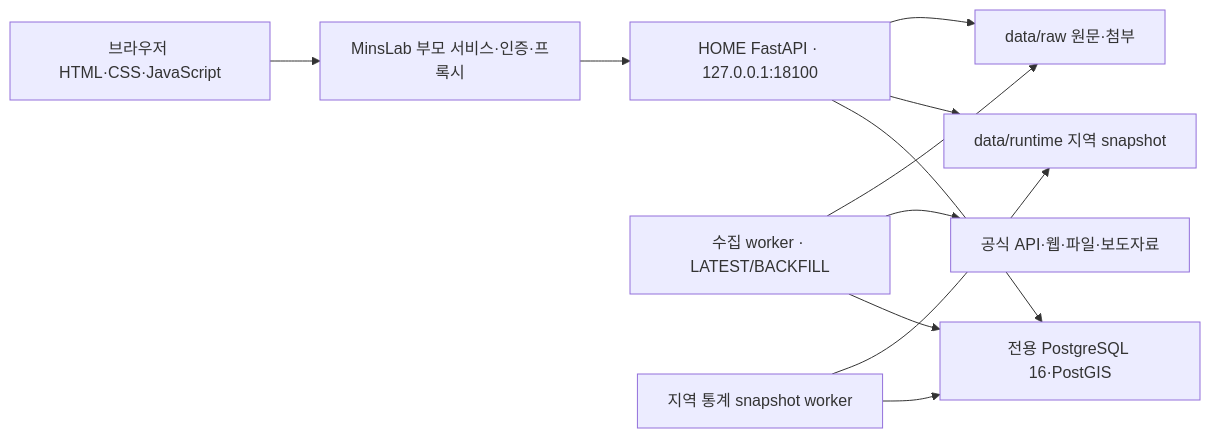
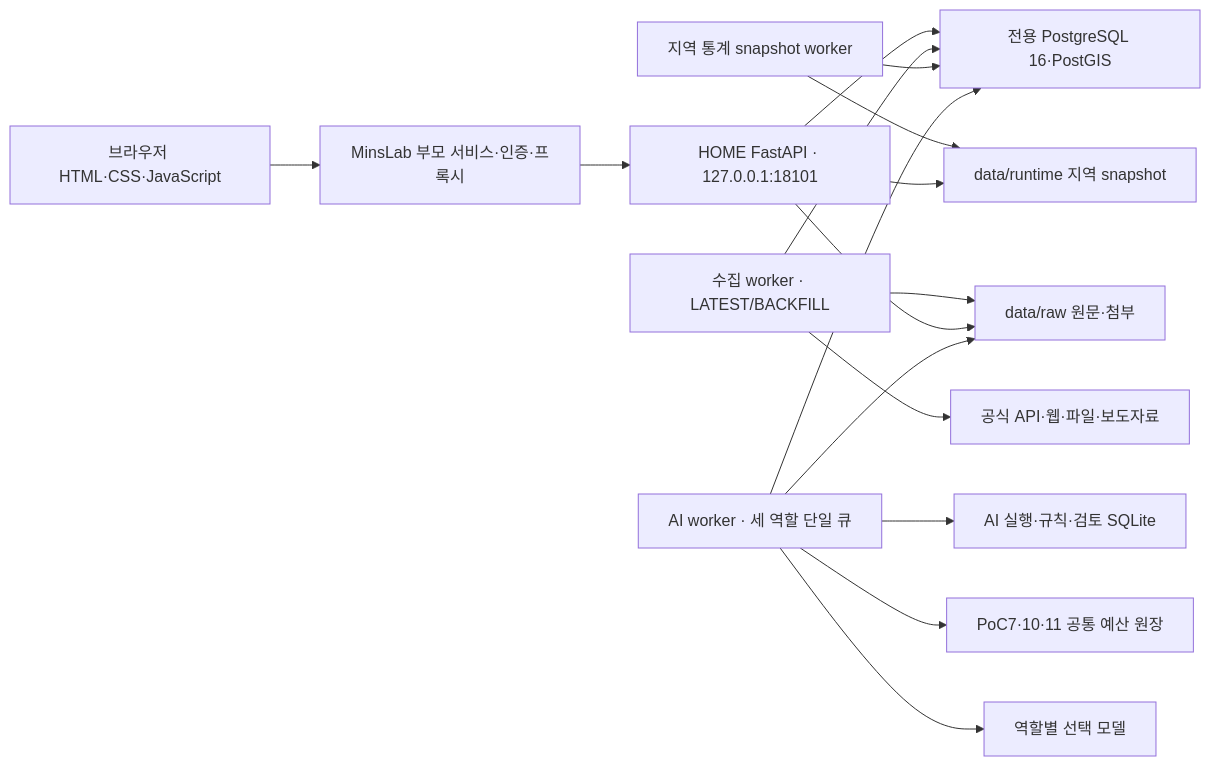
Before and after one commit to acesharp81/minslab: the fifth of 5 diagrams in PoC/10-home/README.md, drawn with Mermaid. The commit also changed other lines of this file and 34 other files, not shown here.

````diff
--- a/PoC/10-home/README.md
+++ b/PoC/10-home/README.md
@@ -429,13 +556,18 @@
 ```mermaid
 flowchart LR
     U[브라우저 HTML·CSS·JavaScript] --> P[MinsLab 부모 서비스·인증·프록시]
-    P --> A[HOME FastAPI · 127.0.0.1:18100]
+    P --> A[HOME FastAPI · 127.0.0.1:18101]
     A --> D[전용 PostgreSQL 16·PostGIS]
     W[수집 worker · LATEST/BACKFILL] --> D
     W --> X[공식 API·웹·파일·보도자료]
     W --> R[data/raw 원문·첨부]
     AW[지역 통계 snapshot worker] --> D
     AW --> C[data/runtime 지역 snapshot]
     A --> C
     A --> R
+    AI[AI worker · 세 역할 단일 큐] --> D
+    AI --> R
+    AI --> Q[AI 실행·규칙·검토 SQLite]
+    AI --> G[PoC7·10·11 공통 예산 원장]
+    AI --> M[역할별 선택 모델]
 ```
````
